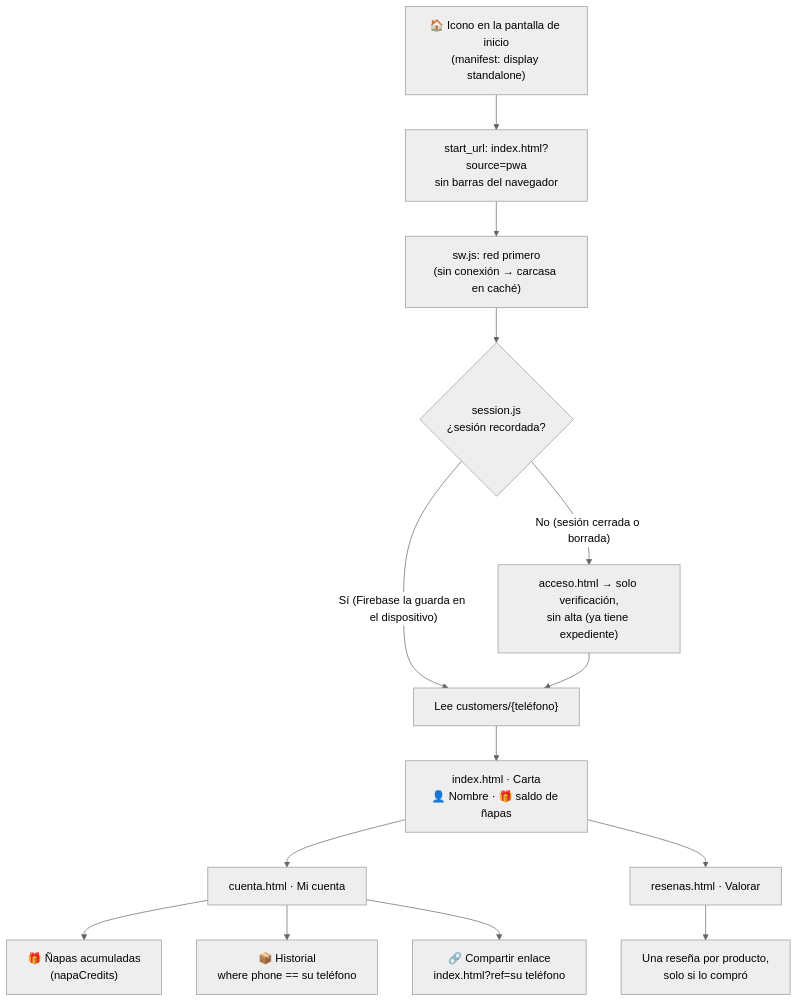
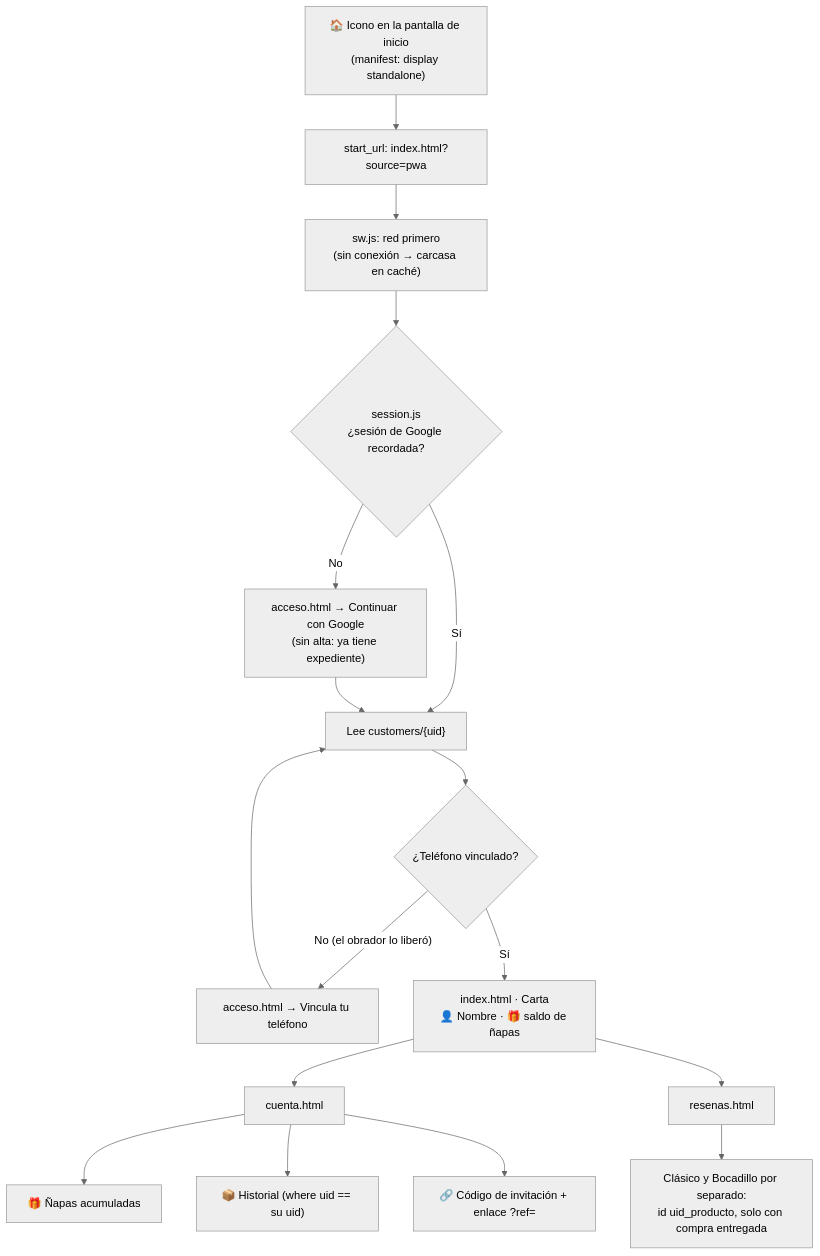
The third of 4 diagrams in USER_JOURNEY.md (aluDavidSantiago/pachoncito-pedidos), drawn with Mermaid (neutral theme) before and after one commit. The commit also changed other lines of this file and 21 other files, not shown here.

Commit message:
Acceso con Google, panel aislado y antifraude por teléfono

````diff
--- a/USER_JOURNEY.md
+++ b/USER_JOURNEY.md
@@ -100,15 +83,17 @@
 ```mermaid
 flowchart TD
-    A["🏠 Icono en la pantalla de inicio<br/>(manifest: display standalone)"] --> B["start_url: index.html?source=pwa<br/>sin barras del navegador"]
+    A["🏠 Icono en la pantalla de inicio<br/>(manifest: display standalone)"] --> B["start_url: index.html?source=pwa"]
     B --> C["sw.js: red primero<br/>(sin conexión → carcasa en caché)"]
-    C --> D{"session.js<br/>¿sesión recordada?"}
-    D -- "Sí (Firebase la guarda en el dispositivo)" --> E["Lee customers/{teléfono}"]
-    D -- "No (sesión cerrada o borrada)" --> X["acceso.html → solo verificación,<br/>sin alta (ya tiene expediente)"] --> E
-    E --> F["index.html · Carta<br/>👤 Nombre · 🎁 saldo de ñapas"]
-    F --> G["cuenta.html · Mi cuenta"]
-    F --> H["resenas.html · Valorar"]
-    G --> G1["🎁 Ñapas acumuladas<br/>(napaCredits)"]
-    G --> G2["📦 Historial<br/>where phone == su teléfono"]
-    G --> G3["🔗 Compartir enlace<br/>index.html?ref=su teléfono"]
-    H --> H1["Una reseña por producto,<br/>solo si lo compró"]
+    C --> D{"session.js<br/>¿sesión de Google recordada?"}
+    D -- Sí --> E["Lee customers/{uid}"]
+    D -- No --> X["acceso.html → Continuar con Google<br/>(sin alta: ya tiene expediente)"] --> E
+    E --> E2{"¿Teléfono vinculado?"}
+    E2 -- "No (el obrador lo liberó)" --> X2["acceso.html → Vincula tu teléfono"] --> E
+    E2 -- Sí --> F["index.html · Carta<br/>👤 Nombre · 🎁 saldo de ñapas"]
+    F --> G["cuenta.html"]
+    F --> H["resenas.html"]
+    G --> G1["🎁 Ñapas acumuladas"]
+    G --> G2["📦 Historial (where uid == su uid)"]
+    G --> G3["🔗 Código de invitación + enlace ?ref="]
+    H --> H1["Clásico y Bocadillo por separado:<br/>id uid_producto, solo con compra entregada"]
 ```
````
